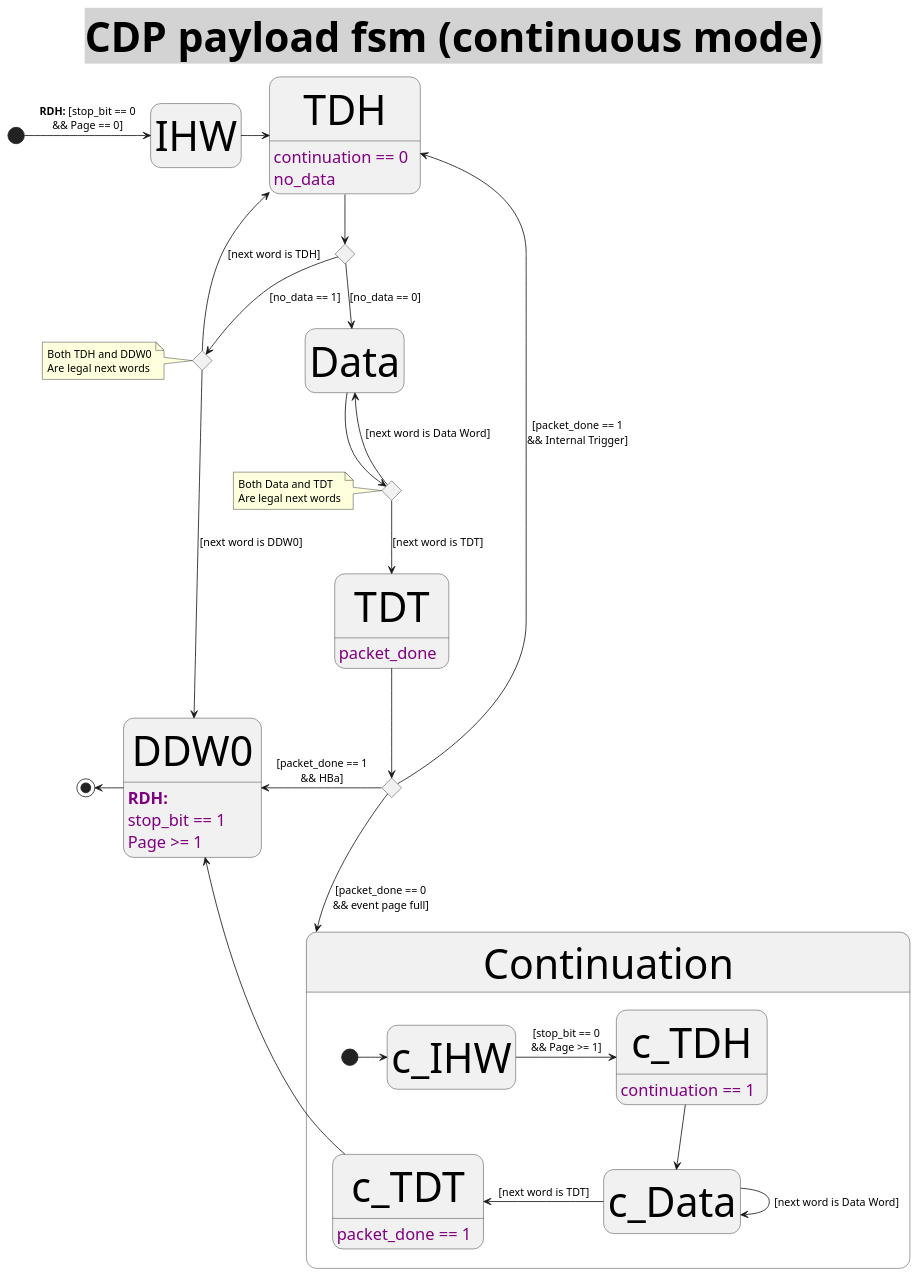
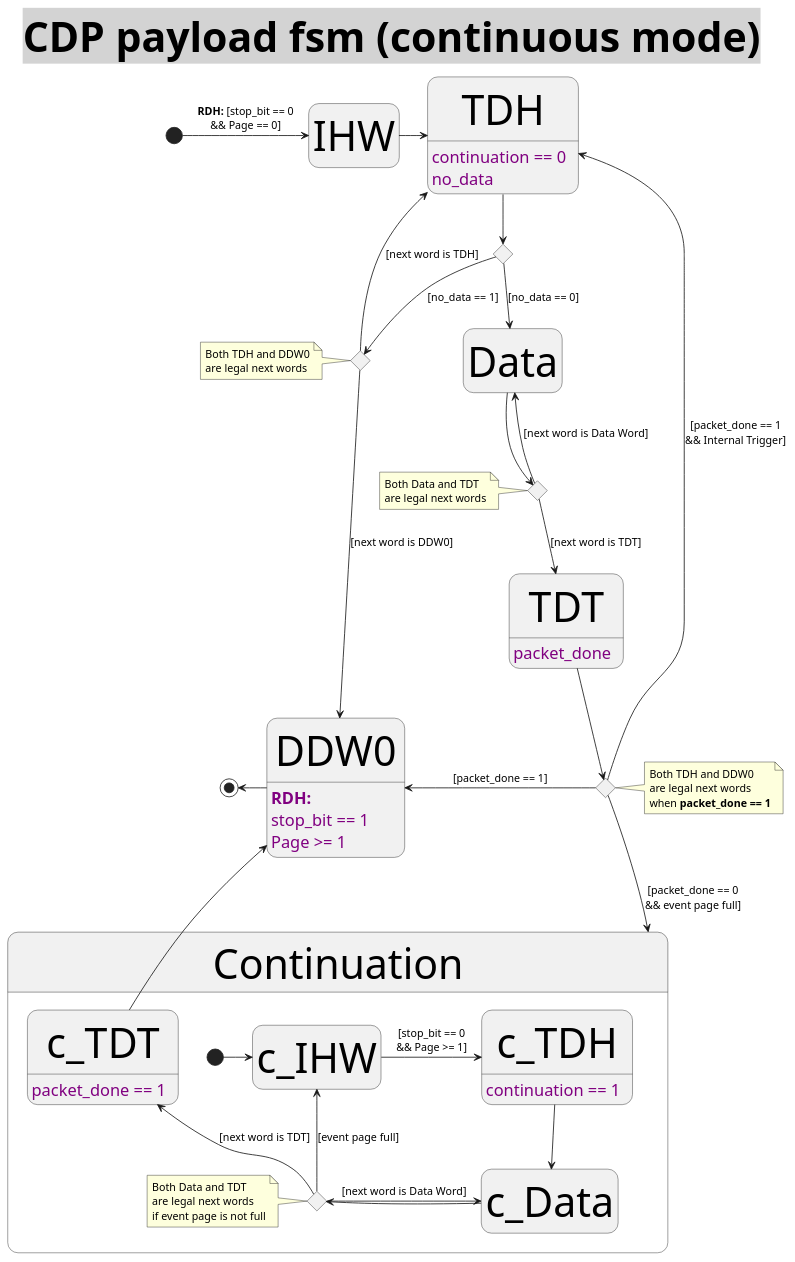
One commit to CramBL/fastPASTA changed the diagram in doc/cdp_payload_fsm.puml. Above: the diagram before and after it, drawn with PlantUML.

Commit message:
add some missed legal transitions

```diff
--- a/doc/cdp_payload_fsm.puml
+++ b/doc/cdp_payload_fsm.puml
@@ -1,88 +1,97 @@
 @startuml CDP_payload_StateMachine (continuous mode)
 <style>
 title {
   HorizontalAlignment right
   FontSize 50
   BackGroundColor lightgrey
   Margin 1
   Padding 0
 }
 
 header {
   HorizontalAlignment center
   FontSize 20
   FontColor purple
 }
 
 footer {
   HorizontalAlignment left
   FontSize 28
   FontColor red
 }
 
 legend {
   FontSize 30
   BackGroundColor yellow
   Margin 30
   Padding 50
 }
 
 caption {
   FontSize 32
 }
 </style>
 Title **CDP payload fsm** (continuous mode)
 hide empty description
 
 state after_TDH <<choice>>
 state after_TDH_no_data <<choice>>
 state after_TDT <<choice>>
 state after_Data <<choice>>
 
 
 [*] -> IHW : **RDH:** [stop_bit == 0\n&& Page == 0]
 
 IHW -> TDH
 
 TDH -down-> after_TDH
 TDH: continuation == 0
 TDH: no_data
 
 after_TDH --> Data : [no_data == 0]
 after_TDH --> after_TDH_no_data : [no_data == 1]
 
-note left of after_TDH_no_data : Both TDH and DDW0\nAre legal next words
+note left of after_TDH_no_data : Both TDH and DDW0\nare legal next words
 
 after_TDH_no_data -left-> TDH : [next word is TDH]
 after_TDH_no_data --> DDW0 : [next word is DDW0]
 
 
 Data --> after_Data
 
-note left of after_Data : Both Data and TDT\nAre legal next words
+note left of after_Data : Both Data and TDT\nare legal next words
 
 after_Data -left-> Data : [next word is Data Word]
 after_Data --> TDT : [next word is TDT]
 TDT: packet_done
 
 TDT --> after_TDT
 after_TDT -up-> TDH : [packet_done == 1\n&& Internal Trigger]
 after_TDT --> Continuation : [packet_done == 0\n&& event page full]
-after_TDT -left-> DDW0 : [packet_done == 1\n&& HBa]
+after_TDT -left-> DDW0 : [packet_done == 1]
+note right of after_TDT : Both TDH and DDW0\nare legal next words\nwhen **packet_done == 1**
 
 
 state Continuation {
+  state after_c_Data <<choice>>
     [*] -> c_IHW
     c_IHW -> c_TDH : [stop_bit == 0\n&& Page >= 1]
     c_TDH: continuation == 1
     c_TDH --> c_Data
-    c_Data --> c_Data : [next word is Data Word]
-    c_Data -left-> c_TDT : [next word is TDT]
+    c_Data -left-> after_c_Data
+
+    after_c_Data -right-> c_Data : [next word is Data Word]
+    after_c_Data -up-> c_TDT : [next word is TDT]
+    after_c_Data -up-> c_IHW : [event page full]
     c_TDT: packet_done == 1
     c_TDT -left-> DDW0
+
+    note left of after_c_Data : Both Data and TDT\nare legal next words\nif event page is not full
 }
+
+
 
 DDW0 -left-> [*]
 DDW0: **RDH:**\nstop_bit == 1\nPage >= 1
 
 @enduml
```
